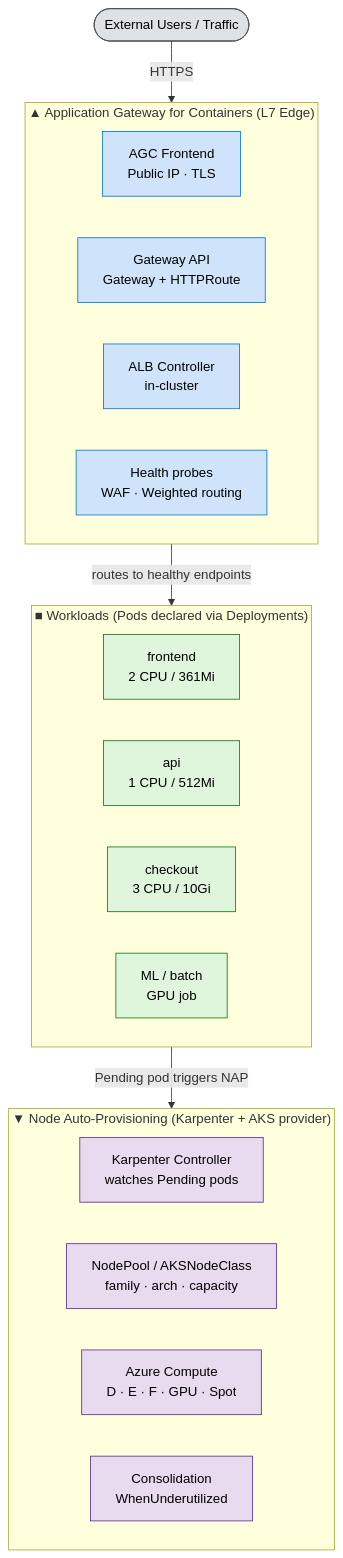
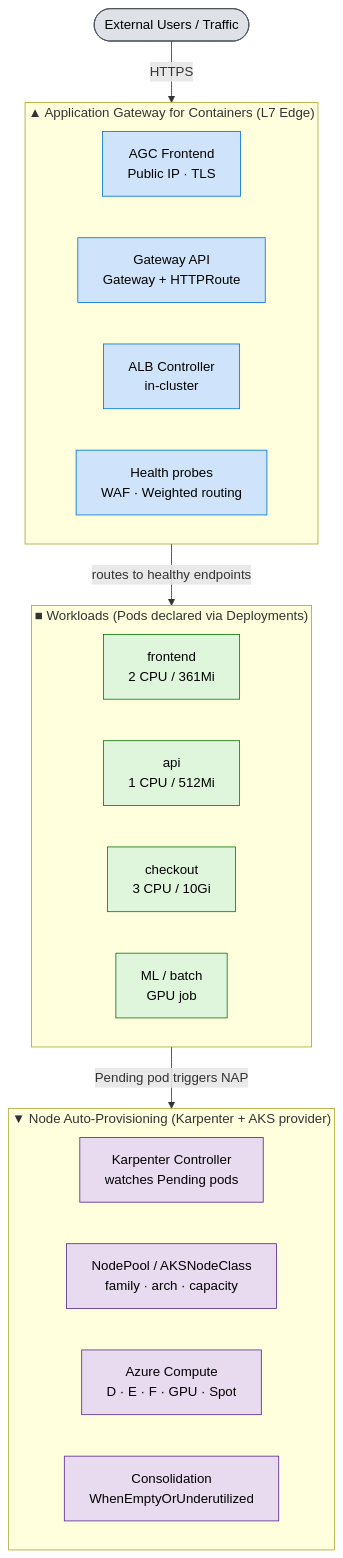
One commit to Vyshnavi-MSFT/nap-agc-demo changed the diagram in BLOG.md. Above: the diagram before and after it, drawn with Mermaid. The commit also changed other lines of this file and 5 other files, not shown here.

First line of the commit message:
Fix: consolidationPolicy WhenUnderutilized -> WhenEmptyOrUnderutilized

````diff
--- a/BLOG.md
+++ b/BLOG.md
@@ -36,41 +36,41 @@
 ```mermaid
 flowchart TB
     U([External Users / Traffic]):::edge
 
     subgraph AGC["▲ Application Gateway for Containers (L7 Edge)"]
       direction LR
       FE[AGC Frontend<br/>Public IP · TLS]
       GW[Gateway API<br/>Gateway + HTTPRoute]
       ALB[ALB Controller<br/>in-cluster]
       FEAT[Health probes<br/>WAF · Weighted routing]
     end
 
     subgraph PODS["■ Workloads (Pods declared via Deployments)"]
       direction LR
       P1[frontend<br/>2 CPU / 361Mi]
       P2[api<br/>1 CPU / 512Mi]
       P3[checkout<br/>3 CPU / 10Gi]
       P4[ML / batch<br/>GPU job]
     end
 
     subgraph NAP["▼ Node Auto-Provisioning (Karpenter + AKS provider)"]
       direction LR
       KARP[Karpenter Controller<br/>watches Pending pods]
       NPCRD[NodePool / AKSNodeClass<br/>family · arch · capacity]
       AZ[Azure Compute<br/>D · E · F · GPU · Spot]
-      CONS[Consolidation<br/>WhenUnderutilized]
+      CONS[Consolidation<br/>WhenEmptyOrUnderutilized]
     end
 
     U -->|HTTPS| FE
     AGC -->|routes to healthy endpoints| PODS
     PODS -->|Pending pod triggers NAP| NAP
 
     classDef edge fill:#dee2e6,stroke:#495057,color:#000
     classDef agcStyle fill:#CFE4FA,stroke:#0078D4,color:#000
     classDef podStyle fill:#DFF6DD,stroke:#107C10,color:#000
     classDef napStyle fill:#E8DAEF,stroke:#5C2D91,color:#000
 
     class FE,GW,ALB,FEAT agcStyle
     class P1,P2,P3,P4 podStyle
     class KARP,NPCRD,AZ,CONS napStyle
 ```
````
